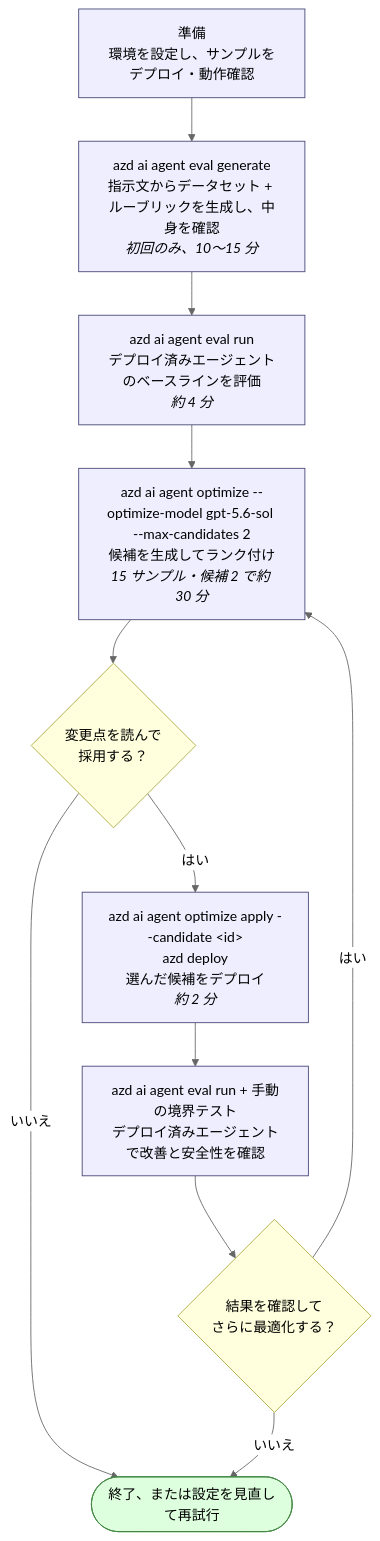
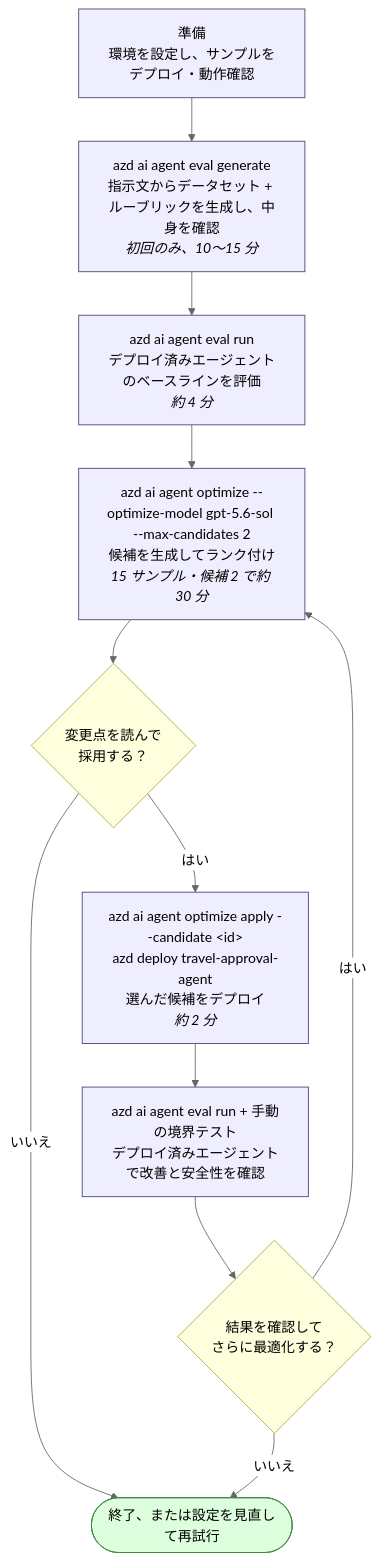
Before and after one commit to tniita/optimization-travel-approval-agent: the diagram in README.md, drawn with Mermaid (neutral theme). The commit also changed other lines of this file, not shown here.

````diff
--- a/README.md
+++ b/README.md
@@ -28,20 +28,20 @@
 ```mermaid
 flowchart TD
     P["準備<br/>環境を設定し、サンプルをデプロイ・動作確認"] --> A
     A["azd ai agent eval generate<br/>指示文からデータセット + ルーブリックを生成し、中身を確認<br/><i>初回のみ、10〜15 分</i>"] --> B
     B["azd ai agent eval run<br/>デプロイ済みエージェントのベースラインを評価<br/><i>約 4 分</i>"] --> C
     C["azd ai agent optimize --optimize-model gpt-5.6-sol --max-candidates 2<br/>候補を生成してランク付け<br/><i>15 サンプル・候補 2 で約 30 分</i>"] --> H{"変更点を読んで<br/>採用する？"}
     H -- はい --> D
     H -- いいえ --> G(["終了、または設定を見直して再試行"])
-    D["azd ai agent optimize apply --candidate &lt;id&gt;<br/>azd deploy<br/>選んだ候補をデプロイ<br/><i>約 2 分</i>"] --> E
+    D["azd ai agent optimize apply --candidate &lt;id&gt;<br/>azd deploy travel-approval-agent<br/>選んだ候補をデプロイ<br/><i>約 2 分</i>"] --> E
     E["azd ai agent eval run + 手動の境界テスト<br/>デプロイ済みエージェントで改善と安全性を確認"] --> F{"結果を確認して<br/>さらに最適化する？"}
     F -- はい --> C
     F -- いいえ --> G
 
     classDef cmd fill:#eef,stroke:#447,stroke-width:1px,color:#000;
     classDef decision fill:#ffd,stroke:#aa4,stroke-width:1px,color:#000;
     classDef done fill:#dfd,stroke:#484,stroke-width:1px,color:#000;
     class P,A,B,C,D,E cmd;
     class H,F decision;
     class G done;
 ```
````
